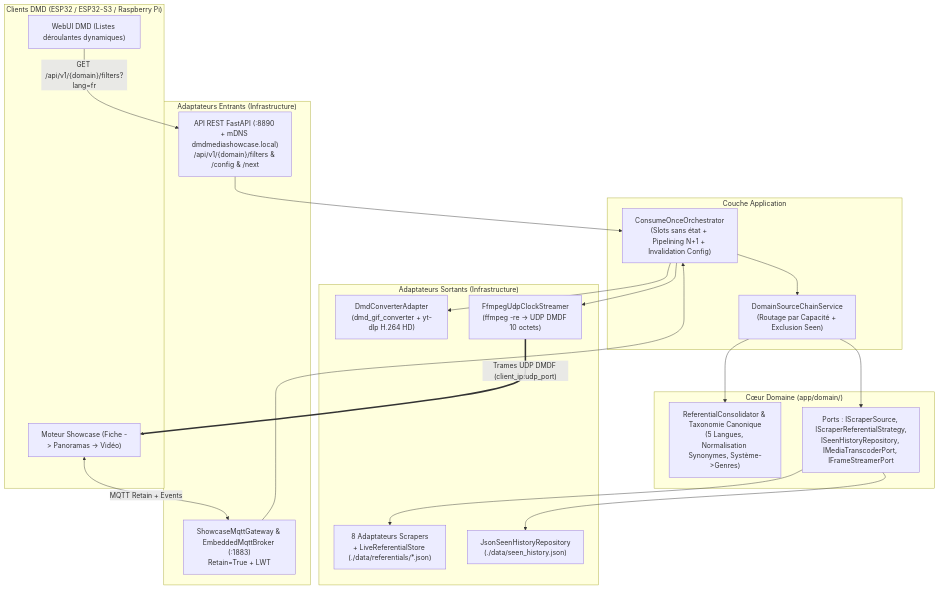
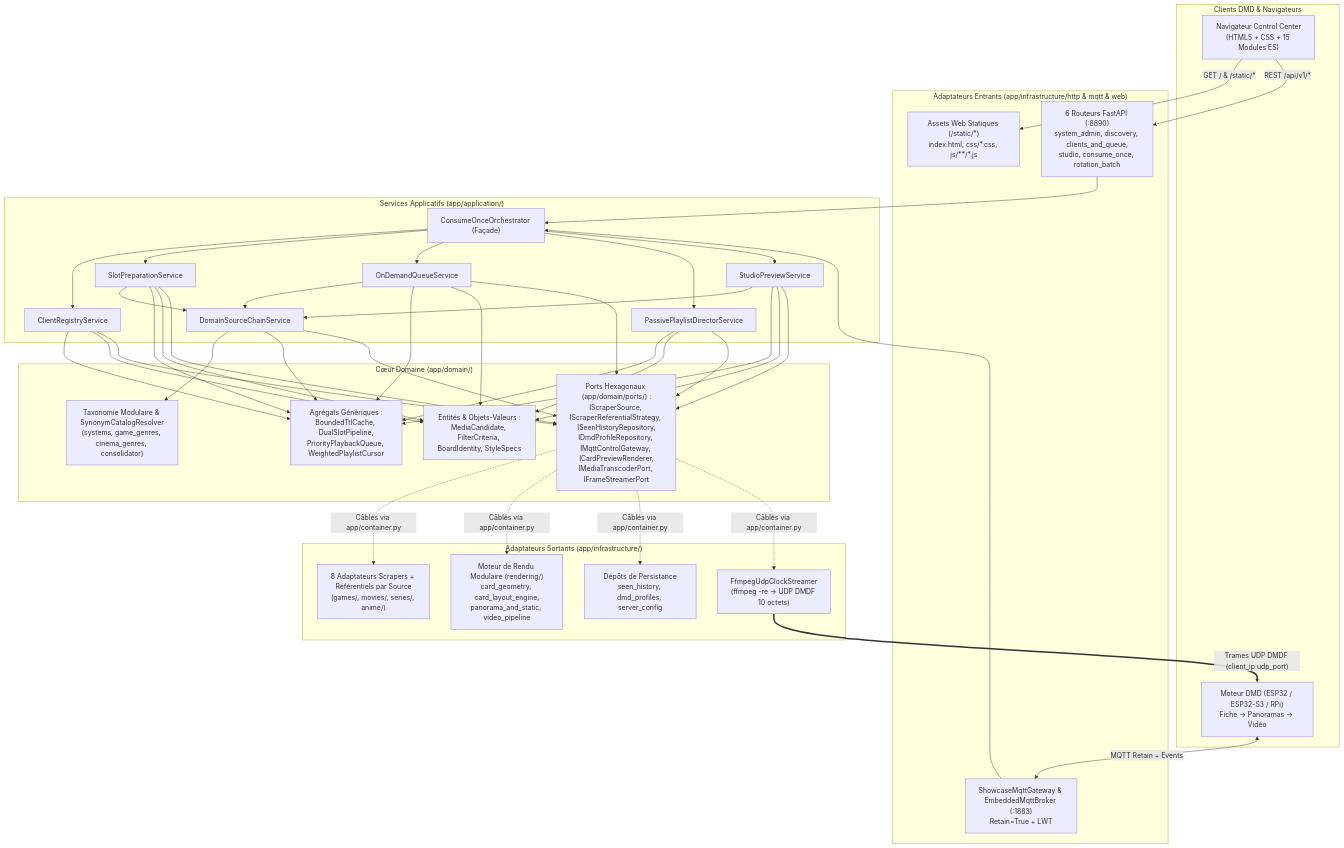
The first of 2 diagrams in docs/ARCHITECTURE_FR.md (red77290/dmd_media_showcase), drawn with Mermaid before and after one commit. The commit also changed other lines of this file and 109 other files, not shown here.

````diff
--- a/docs/ARCHITECTURE_FR.md
+++ b/docs/ARCHITECTURE_FR.md
@@ -12,42 +18,49 @@
 ```mermaid
 flowchart TD
-    subgraph DMD["Clients DMD (ESP32 / ESP32-S3 / Raspberry Pi)"]
-        WUI["WebUI DMD (Listes déroulantes dynamiques)"]
-        ENG["Moteur Showcase (Fiche -> Panoramas -> Vidéo)"]
+    subgraph DMD["Clients DMD & Navigateurs"]
+        BROWSER["Navigateur Control Center\n(HTML5 + CSS + 15 Modules ES)"]
+        ENG["Moteur DMD (ESP32 / ESP32-S3 / RPi)\nFiche -> Panoramas -> Vidéo"]
     end
 
-    subgraph INFRA_IN["Adaptateurs Entrants (Infrastructure)"]
-        HTTP["API REST FastAPI (:8890 + mDNS dmdmediashowcase.local)\n/api/v1/{domain}/filters & /config & /next"]
+    subgraph INFRA_IN["Adaptateurs Entrants (app/infrastructure/http & mqtt & web)"]
+        ROUTERS["6 Routeurs FastAPI (:8890)\nsystem_admin, discovery, clients_and_queue,\nstudio, consume_once, rotation_batch"]
+        STATIC["Assets Web Statiques (/static/*)\nindex.html, css/*.css, js/**/*.js"]
         MQTT["ShowcaseMqttGateway & EmbeddedMqttBroker (:1883)\nRetain=True + LWT"]
     end
 
-    subgraph APP["Couche Application"]
-        ORCH["ConsumeOnceOrchestrator\n(Slots sans état + Pipelining N+1 + Invalidation Config)"]
-        CHAIN["DomainSourceChainService\n(Routage par Capacité + Exclusion Seen)"]
+    subgraph APP["Services Applicatifs (app/application/)"]
+        ORCH["ConsumeOnceOrchestrator (Façade)"]
+        REG_SVC["ClientRegistryService"]
+        PREP_SVC["SlotPreparationService"]
+        QUEUE_SVC["OnDemandQueueService"]
+        DIR_SVC["PassivePlaylistDirectorService"]
+        STUDIO_SVC["StudioPreviewService"]
+        CHAIN["DomainSourceChainService"]
     end
 
     subgraph DOMAIN["Cœur Domaine (app/domain/)"]
-        TAX["ReferentialConsolidator & Taxonomie Canonique\n(5 Langues, Normalisation Synonymes, Système->Genres)"]
-        PORTS["Ports : IScraperSource, IScraperReferentialStrategy,\nISeenHistoryRepository, IMediaTranscoderPort, IFrameStreamerPort"]
+        AGG["Agrégats Génériques :\nBoundedTtlCache, DualSlotPipeline,\nPriorityPlaybackQueue, WeightedPlaylistCursor"]
+        TAX["Taxonomie Modulaire & SynonymCatalogResolver\n(systems, game_genres, cinema_genres, consolidator)"]
+        VO["Entités & Objets-Valeurs :\nMediaCandidate, FilterCriteria, BoardIdentity, StyleSpecs"]
+        PORTS["Ports Hexagonaux (app/domain/ports/) :\nIScraperSource, IScraperReferentialStrategy, ISeenHistoryRepository,\nIDmdProfileRepository, IMqttControlGateway, ICardPreviewRenderer,\nIMediaTranscoderPort, IFrameStreamerPort"]
     end
 
-    subgraph INFRA_OUT["Adaptateurs Sortants (Infrastructure)"]
-        SCRAPERS["8 Adaptateurs Scrapers\n+ LiveReferentialStore (./data/referentials/*.json)"]
-        SEEN["JsonSeenHistoryRepository\n(./data/seen_history.json)"]
-        CONV["DmdConverterAdapter\n(dmd_gif_converter + yt-dlp H.264 HD)"]
+    subgraph INFRA_OUT["Adaptateurs Sortants (app/infrastructure/)"]
+        SCRAPERS["8 Adaptateurs Scrapers + Référentiels par Source\n(games/, movies/, series/, anime/)"]
+        RENDER["Moteur de Rendu Modulaire (rendering/)\ncard_geometry, card_layout_engine,\npanorama_and_static, video_pipeline"]
+        PERSIST["Dépôts de Persistance\nseen_history, dmd_profiles, server_config"]
         UDP["FfmpegUdpClockStreamer\n(ffmpeg -re -> UDP DMDF 10 octets)"]
     end
 
-    WUI -->|"GET /api/v1/{domain}/filters?lang=fr"| HTTP
+    BROWSER -->|"GET / & /static/*"| STATIC
+    BROWSER -->|"REST /api/v1/*"| ROUTERS
     ENG <-->|"MQTT Retain + Events"| MQTT
-    HTTP --> ORCH
+    ROUTERS --> ORCH
     MQTT --> ORCH
-    ORCH --> CHAIN
-    ORCH --> CONV
-    ORCH --> UDP
-    CHAIN --> TAX
-    CHAIN --> PORTS
-    PORTS --> SCRAPERS
-    PORTS --> SEEN
+    ORCH --> REG_SVC & PREP_SVC & QUEUE_SVC & DIR_SVC & STUDIO_SVC
+    PREP_SVC & QUEUE_SVC & STUDIO_SVC --> CHAIN
+    REG_SVC & PREP_SVC & QUEUE_SVC & DIR_SVC & STUDIO_SVC --> AGG & VO & PORTS
+    CHAIN --> TAX & AGG & PORTS
+    PORTS -.->|"Câblés via app/container.py"| SCRAPERS & RENDER & PERSIST & UDP
     UDP ==>|"Trames UDP DMDF (client_ip:udp_port)"| ENG
 ```
````
